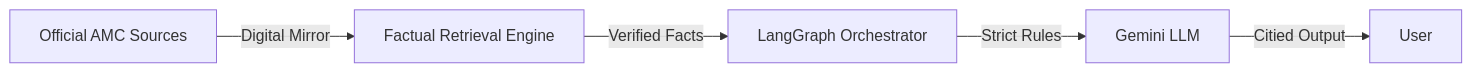
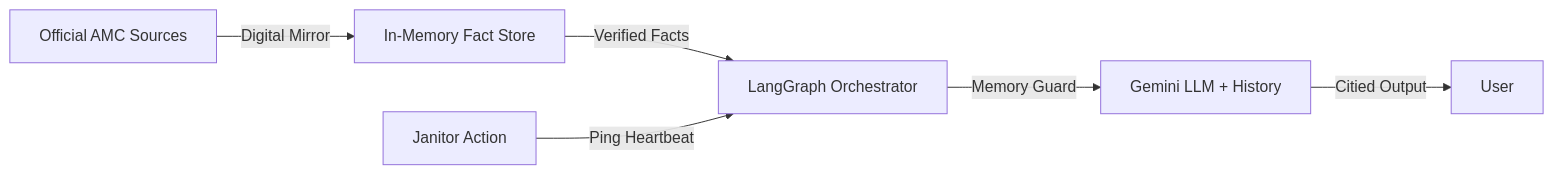
Before and after one commit to puneet225/MF_rag_chatbot: the diagram in README.md, drawn with Mermaid. The commit also changed other lines of this file and 1 other file, not shown here.

````diff
--- a/README.md
+++ b/README.md
@@ -19,7 +21,8 @@
 ```mermaid
 graph LR
-    A[Official AMC Sources] -->|Digital Mirror| B[Factual Retrieval Engine]
+    A[Official AMC Sources] -->|Digital Mirror| B[In-Memory Fact Store]
     B -->|Verified Facts| C[LangGraph Orchestrator]
-    C -->|Strict Rules| D[Gemini LLM]
+    C -->|Memory Guard| D[Gemini LLM + History]
     D -->|Citied Output| E[User]
+    F[Janitor Action] -->|Ping Heartbeat| C
 ```
````
